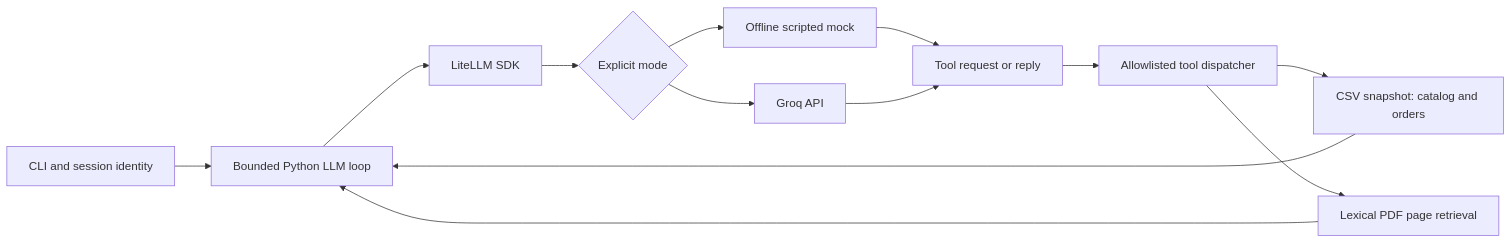
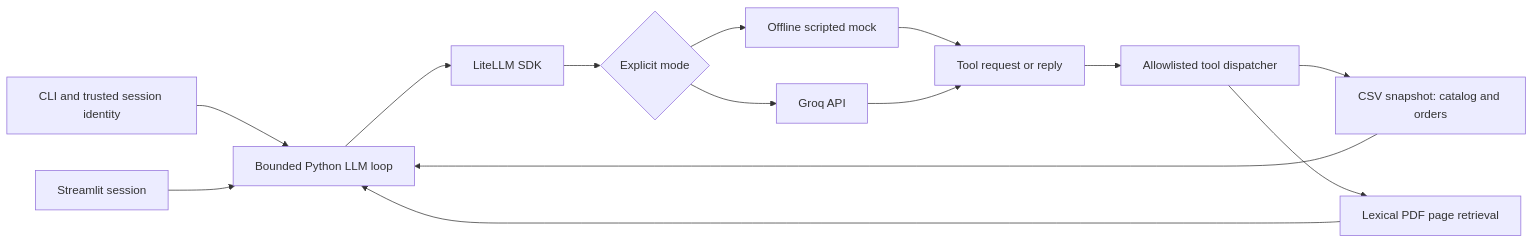
One commit to flaviagaia/emporio-musica-ai-agent changed the diagram in README.md. Above: the diagram before and after it, drawn with Mermaid. The commit also changed other lines of this file and 18 other files, not shown here.

````diff
--- a/README.md
+++ b/README.md
@@ -85,15 +122,16 @@
 ```mermaid
 flowchart LR
-    CLI[CLI and session identity] --> Agent[Bounded Python LLM loop]
+    CLI[CLI and trusted session identity] --> Agent[Bounded Python LLM loop]
+    Web[Streamlit session] --> Agent
     Agent --> SDK[LiteLLM SDK]
     SDK --> Mode{Explicit mode}
     Mode --> Mock[Offline scripted mock]
     Mode --> Groq[Groq API]
     Mock --> LLM[Tool request or reply]
     Groq --> LLM
     LLM --> Tools[Allowlisted tool dispatcher]
     Tools --> CSV[CSV snapshot: catalog and orders]
     Tools --> PDF[Lexical PDF page retrieval]
     CSV --> Agent
     PDF --> Agent
 ```
````
